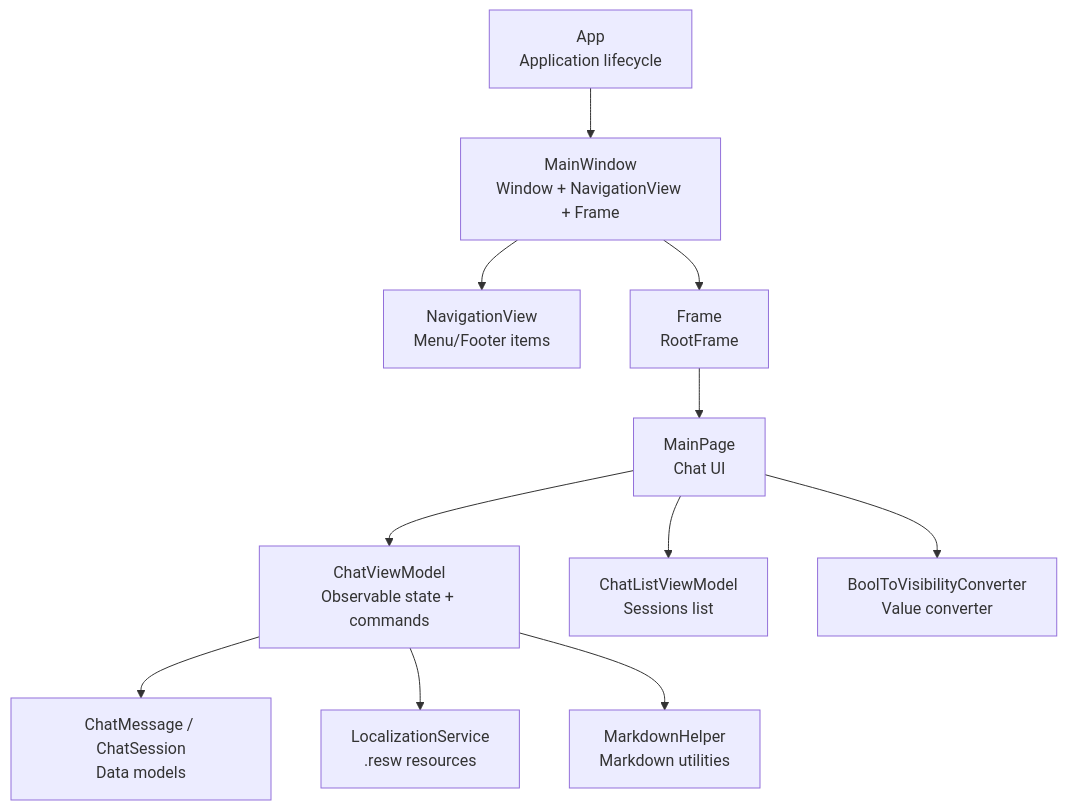
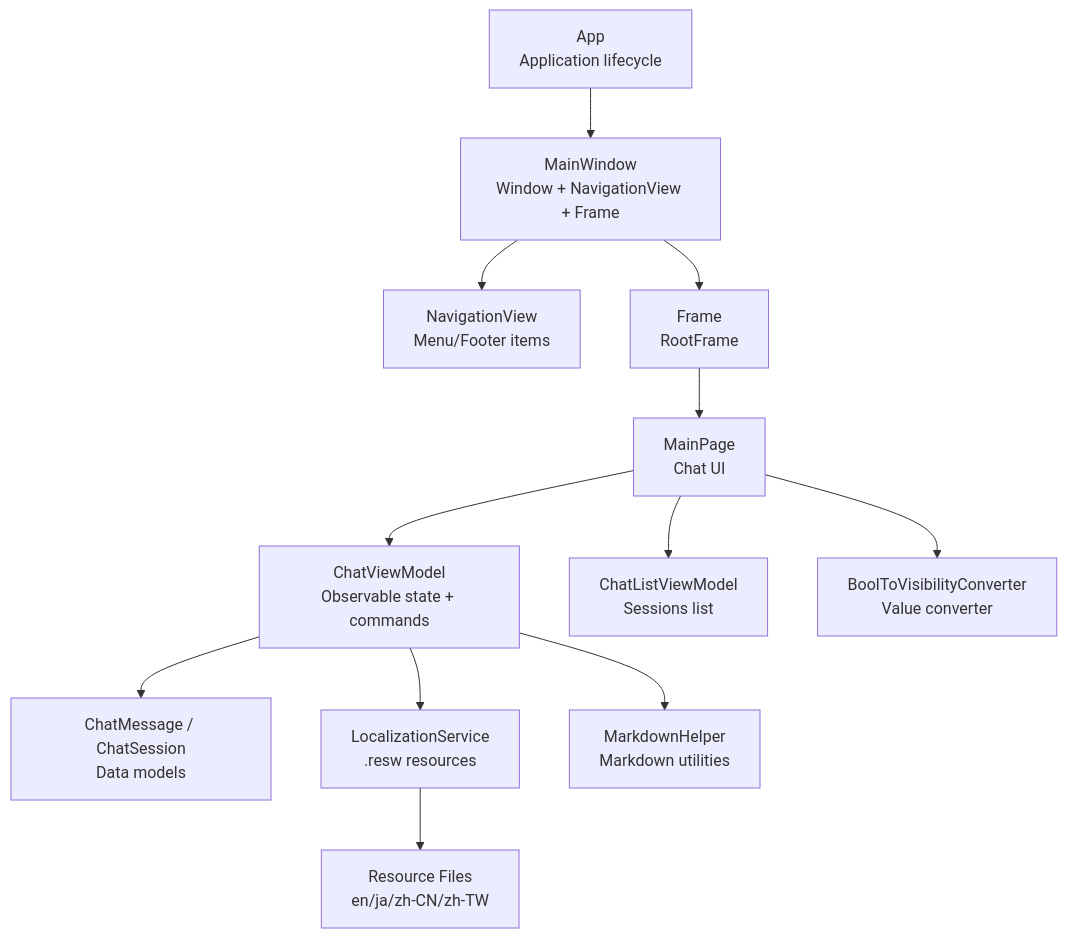
One commit to AgenticDesktop/App changed the first of 9 diagrams in .qoder/repowiki/en/content/Architecture Overview/UI Framework and Navigation.md. Above: the diagram before and after it, drawn with Mermaid. The commit also changed other lines of this file and 22 other files, not shown here.

````diff
--- a/.qoder/repowiki/en/content/Architecture Overview/UI Framework and Navigation.md
+++ b/.qoder/repowiki/en/content/Architecture Overview/UI Framework and Navigation.md
@@ -38,13 +51,14 @@
 ```mermaid
 graph TB
 App["App<br/>Application lifecycle"] --> Window["MainWindow<br/>Window + NavigationView + Frame"]
 Window --> Nav["NavigationView<br/>Menu/Footer items"]
 Window --> Frame["Frame<br/>RootFrame"]
 Frame --> Main["MainPage<br/>Chat UI"]
 Main --> VM["ChatViewModel<br/>Observable state + commands"]
 Main --> CLVM["ChatListViewModel<br/>Sessions list"]
 VM --> Msg["ChatMessage / ChatSession<br/>Data models"]
 Main --> Conv["BoolToVisibilityConverter<br/>Value converter"]
 VM --> Loc["LocalizationService<br/>.resw resources"]
 VM --> MD["MarkdownHelper<br/>Markdown utilities"]
+Loc --> Res["Resource Files<br/>en/ja/zh-CN/zh-TW"]
 ```
````
